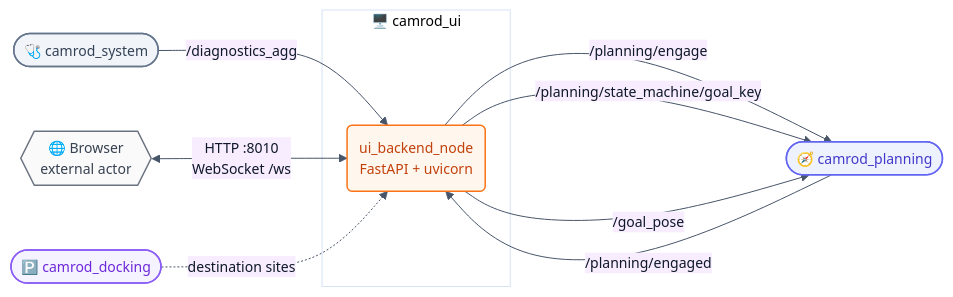
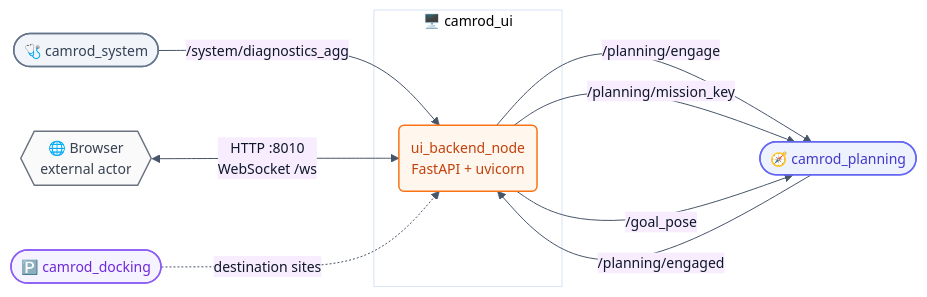
The first of 5 diagrams in camrod_ui/README.md (hwanhonglee/CAMROD), drawn with Mermaid before and after one commit. The commit also changed other lines of this file and 184 other files, not shown here.

````diff
--- a/camrod_ui/README.md
+++ b/camrod_ui/README.md
@@ -46,25 +52,25 @@
 ```mermaid
 %%{init: {'theme': 'base', 'themeVariables': {'fontFamily': 'ui-sans-serif, system-ui, sans-serif', 'fontSize': '14px', 'primaryColor': '#FFF7ED', 'primaryTextColor': '#0F172A', 'primaryBorderColor': '#F97316', 'lineColor': '#475569'}, 'flowchart': {'curve': 'basis', 'htmlLabels': true, 'padding': 12}}}%%
 graph LR
   BROWSER{{🌐 Browser\nexternal actor}}:::hardware
 
-  SYS([🩺 camrod_system]):::system    -->|/diagnostics_agg| UI
+  SYS([🩺 camrod_system]):::system    -->|/system/diagnostics_agg| UI
   PLAN([🧭 camrod_planning]):::planning -->|/planning/engaged| UI
 
   subgraph UI_BOX["🖥️ camrod_ui"]
     UI(ui_backend_node\nFastAPI + uvicorn):::ui
   end
 
   BROWSER <-->|HTTP :8010\nWebSocket /ws| UI
 
   UI -->|/planning/engage| PLAN
-  UI -->|/planning/state_machine/goal_key| PLAN
+  UI -->|/planning/mission_key| PLAN
   UI -->|/goal_pose| PLAN
   PARK([🅿️ camrod_docking]):::docking -.->|destination sites| UI
 
   classDef ui           fill:#FFF7ED,stroke:#F97316,stroke-width:1.5px,color:#C2410C;
   classDef system       fill:#F1F5F9,stroke:#64748B,stroke-width:1.5px,color:#334155;
   classDef planning     fill:#EEF2FF,stroke:#6366F1,stroke-width:1.5px,color:#4338CA;
   classDef docking      fill:#F5F3FF,stroke:#8B5CF6,stroke-width:1.5px,color:#6D28D9;
   classDef hardware     fill:#FAFAFA,stroke:#6B7280,stroke-width:1.5px,color:#374151;
 ```
````
